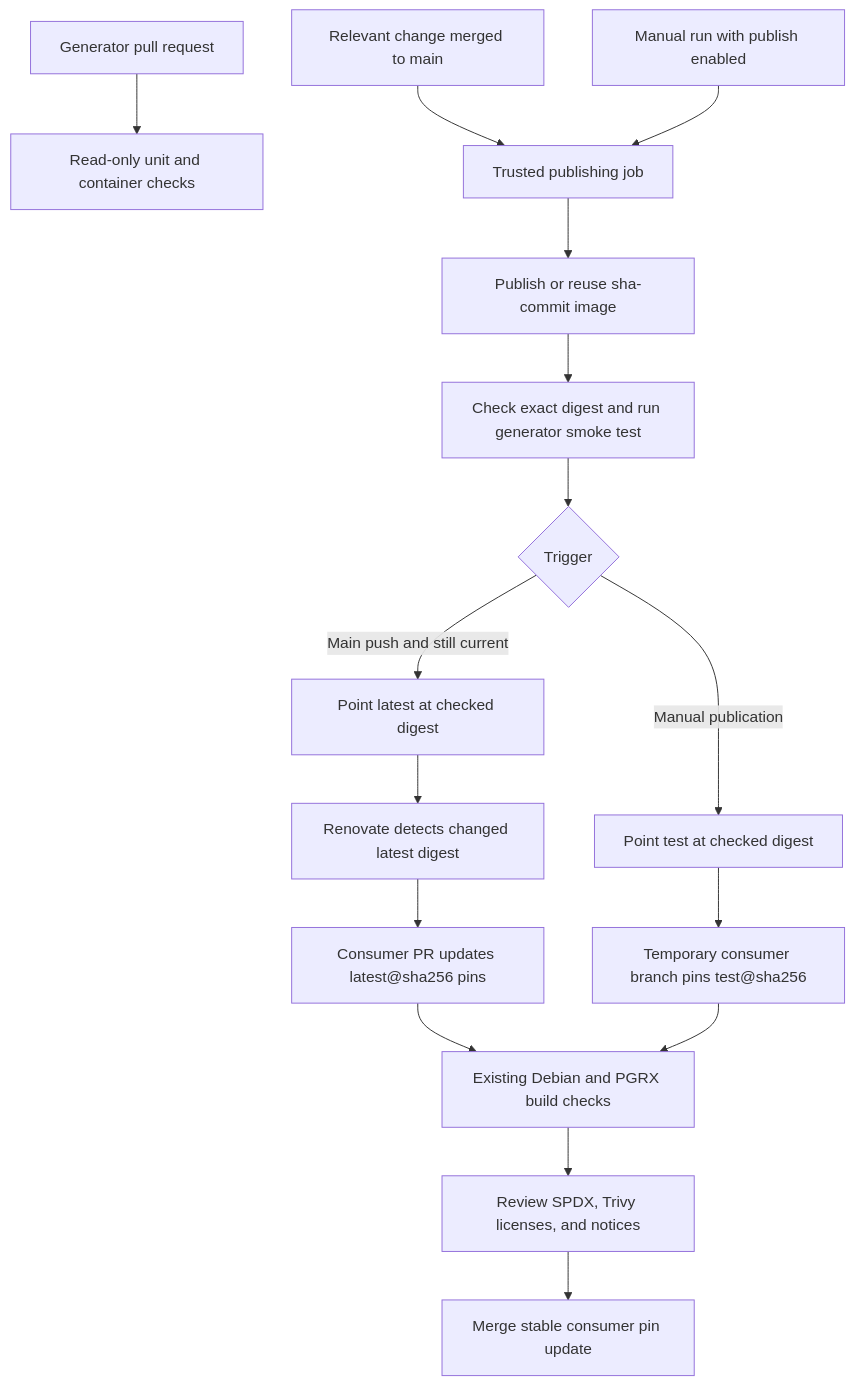
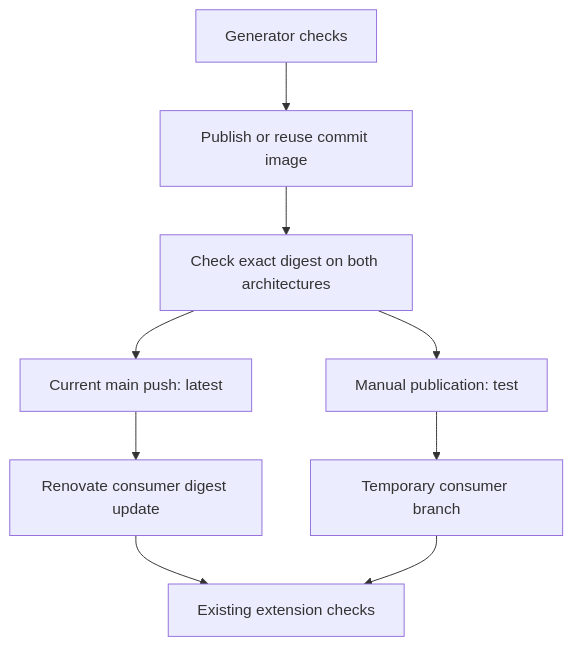
The diagram in sbom-generator/RELEASE-DESIGN.md (ardentperf-labs/postgres-extensions-containers), drawn with Mermaid before and after one commit. The commit also changed other lines of this file and 8 other files, not shown here.

````diff
--- a/sbom-generator/RELEASE-DESIGN.md
+++ b/sbom-generator/RELEASE-DESIGN.md
@@ -21,18 +7,11 @@
 ```mermaid
 flowchart TD
-    PR[Generator pull request] --> CHECK[Read-only unit and container checks]
-    MAIN[Relevant change merged to main] --> PUB[Trusted publishing job]
-    MANUAL[Manual run with publish enabled] --> PUB
-    PUB --> SHA[Publish or reuse sha-commit image]
-    SHA --> VERIFY[Check exact digest and run generator smoke test]
-    VERIFY --> ROUTE{Trigger}
-    ROUTE -->|Main push and still current| LATEST[Point latest at checked digest]
-    ROUTE -->|Manual publication| TEST[Point test at checked digest]
-    LATEST --> RENOVATE[Renovate detects changed latest digest]
-    RENOVATE --> PINPR[Consumer PR updates latest@sha256 pins]
-    TEST --> TRIAL[Temporary consumer branch pins test@sha256]
-    PINPR --> BUILDS[Existing Debian and PGRX build checks]
-    TRIAL --> BUILDS
-    BUILDS --> REVIEW[Review SPDX, Trivy licenses, and notices]
-    REVIEW --> MERGE[Merge stable consumer pin update]
+    C[Generator checks] --> P[Publish or reuse commit image]
+    P --> V[Check exact digest on both architectures]
+    V --> M[Current main push: latest]
+    V --> T[Manual publication: test]
+    M --> R[Renovate consumer digest update]
+    T --> B[Temporary consumer branch]
+    R --> E[Existing extension checks]
+    B --> E
 ```
````
